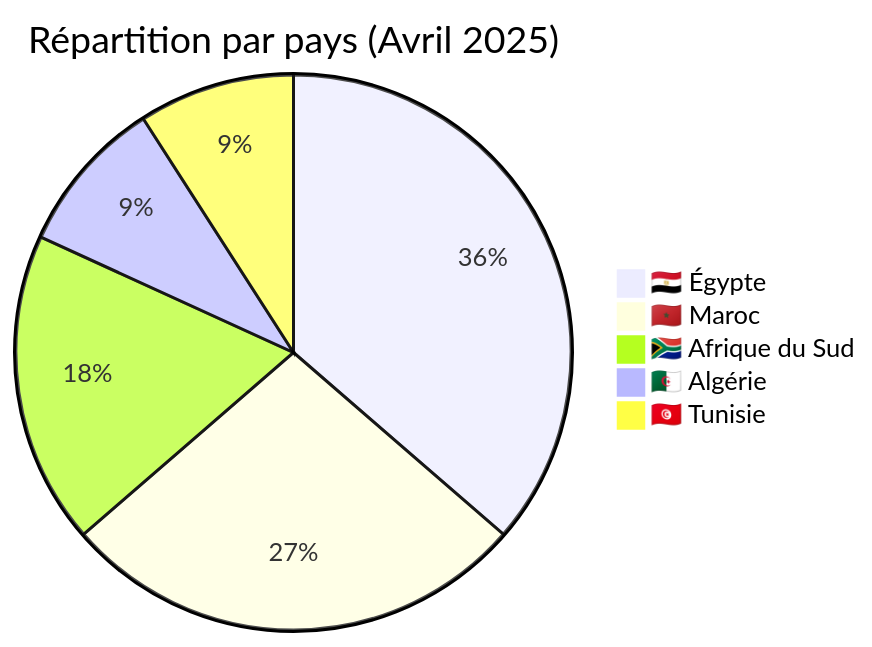
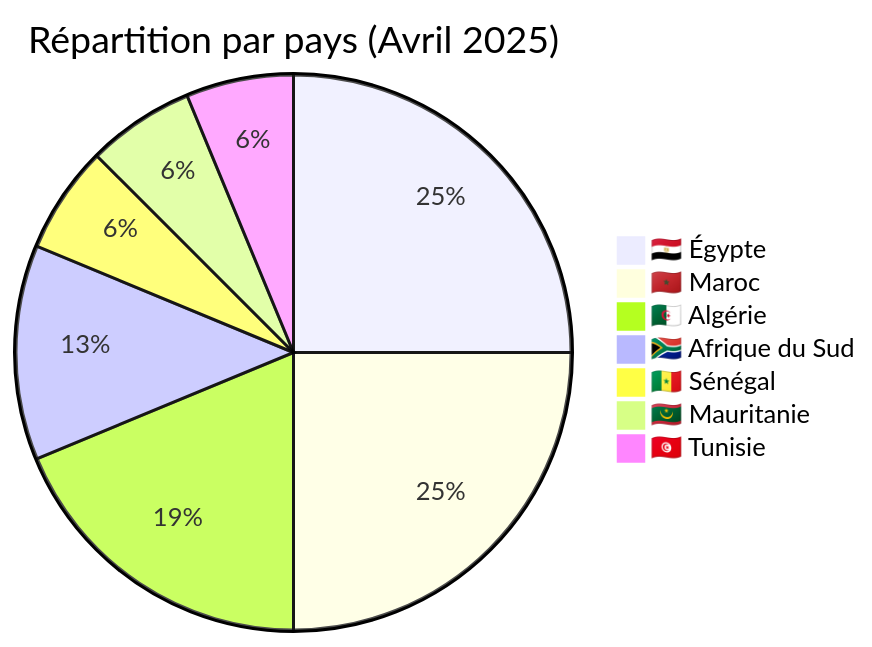
The third of 5 diagrams in CyberAttackAfrica/2025/04-april/README_FR.md (Hatchepsoute/AFRINTEL), drawn with Mermaid before and after one commit. The commit also changed other lines of this file and 255 other files, not shown here.

````diff
--- a/CyberAttackAfrica/2025/04-april/README_FR.md
+++ b/CyberAttackAfrica/2025/04-april/README_FR.md
@@ -80,8 +92,10 @@
 ```mermaid
 pie title Répartition par pays (Avril 2025)
     "🇪🇬 Égypte" : 4
-    "🇲🇦 Maroc" : 3
+    "🇲🇦 Maroc" : 4
+    "🇩🇿 Algérie" : 3
     "🇿🇦 Afrique du Sud" : 2
-    "🇩🇿 Algérie" : 1
+    "🇸🇳 Sénégal" : 1
+    "🇲🇷 Mauritanie" : 1
     "🇹🇳 Tunisie" : 1
 ```
````
